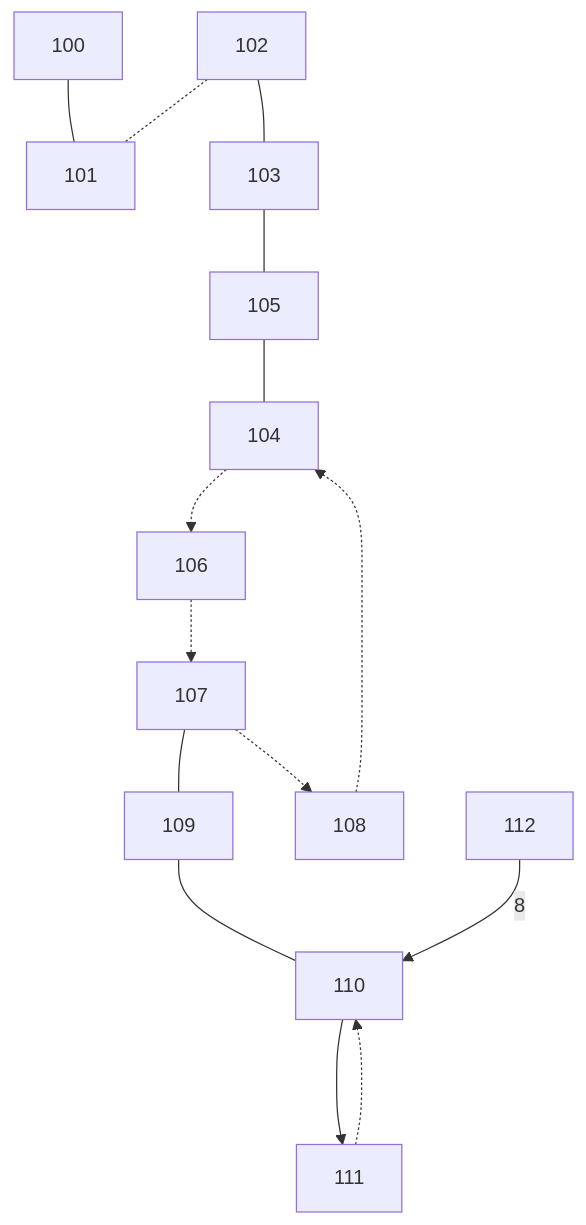
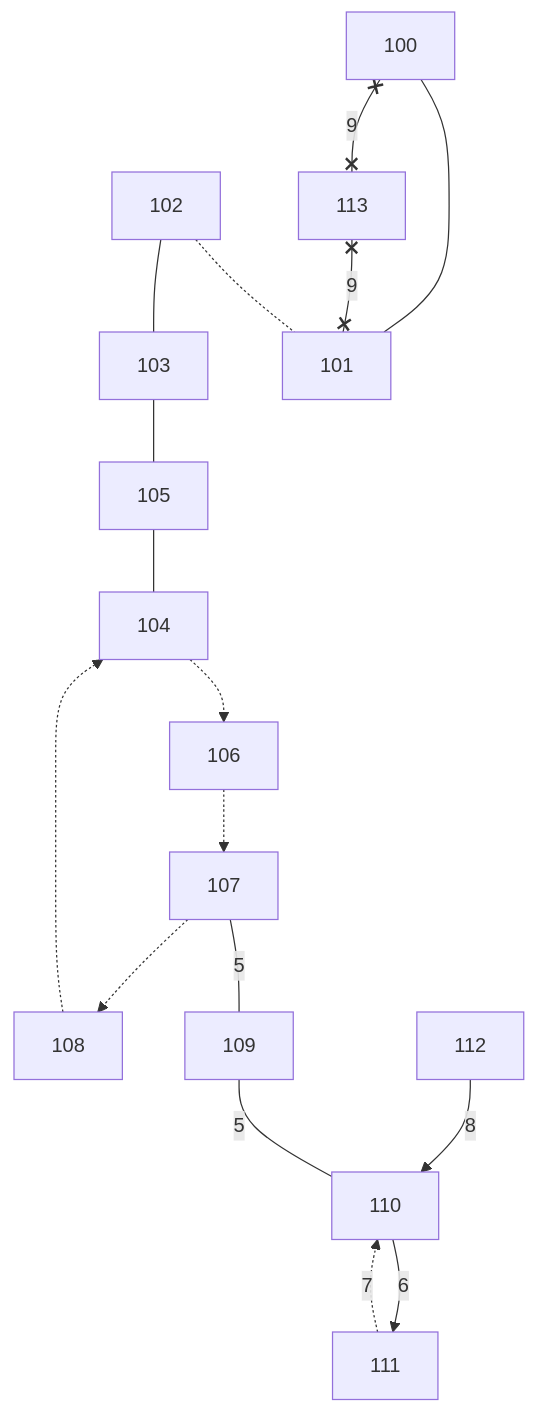
One commit to ockendenjo/osm-pt-validator changed the diagram in pkg/osm/testdata/network.md. Above: the diagram before and after it, drawn with Mermaid. The commit also changed 3 other files, not shown here.

````diff
--- a/pkg/osm/testdata/network.md
+++ b/pkg/osm/testdata/network.md
@@ -3,20 +3,22 @@
 ```mermaid
 flowchart TB
 
 %%  way1
     100 --- 101
 %%  way2
     102 -.- 101
 %%  way3
     102 --- 103 --- 105 --- 104
 %%  way5
-    107 --- 109 --- 110
+    107 --- |5| 109 --- |5| 110
 %%  way4
     106 -.-> 107 -.-> 108 -.-> 104 -.-> 106
 %%   way6
-    110 ---> 111
+    110 --> |6| 111
 %%   way 7
-    111 -.-> 110
+    111 -.-> |7| 110
 %%   way8
-    112 -- 8 --> 110
+    112 --> |8| 110
+%%   way9
+    100 x-- 9 --x 113 x-- 9 --x 101
 ```
````
